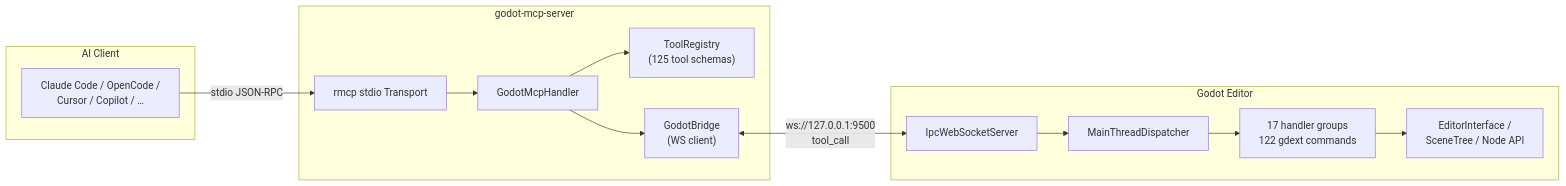
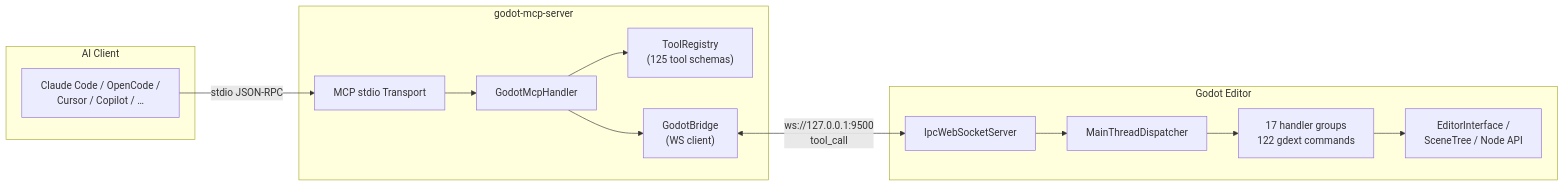
Before and after one commit to jesspig/GodotMCP-GDExtension: the diagram in README.md, drawn with Mermaid. The commit also changed other lines of this file and 2 other files, not shown here.

````diff
--- a/README.md
+++ b/README.md
@@ -13,29 +13,29 @@
 ```mermaid
 graph LR
     subgraph AI["AI Client"]
         Client["Claude Code / OpenCode /<br/>Cursor / Copilot / …"]
     end
 
     subgraph ServerProc["godot-mcp-server"]
-        Stdio["rmcp stdio Transport"]
+        Stdio["MCP stdio Transport"]
         Handler["GodotMcpHandler"]
         Registry["ToolRegistry<br/>(125 tool schemas)"]
         Bridge["GodotBridge<br/>(WS client)"]
     end
 
     subgraph GodotProc["Godot Editor"]
         WS["IpcWebSocketServer"]
         Dispatcher["MainThreadDispatcher"]
         Commands["17 handler groups<br/>122 gdext commands"]
         Editor["EditorInterface /<br/>SceneTree / Node API"]
     end
 
     Client -->|stdio JSON-RPC| Stdio
     Stdio --> Handler
     Handler --> Registry
     Handler --> Bridge
     Bridge <-->|ws://127.0.0.1:9500<br/>tool_call| WS
     WS --> Dispatcher
     Dispatcher --> Commands
     Commands --> Editor
 ```
````
